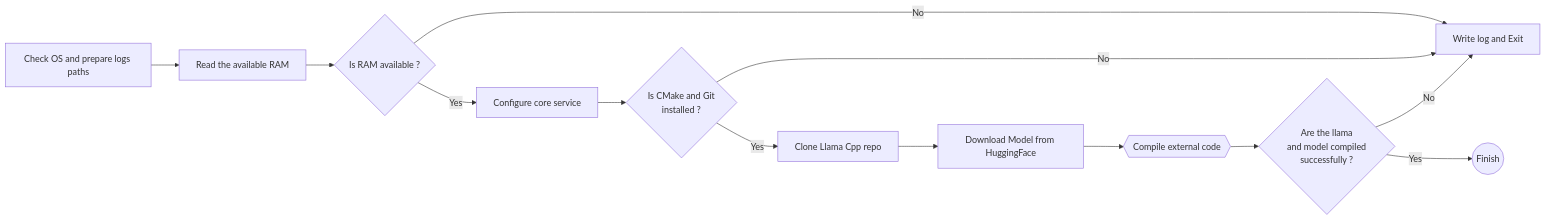
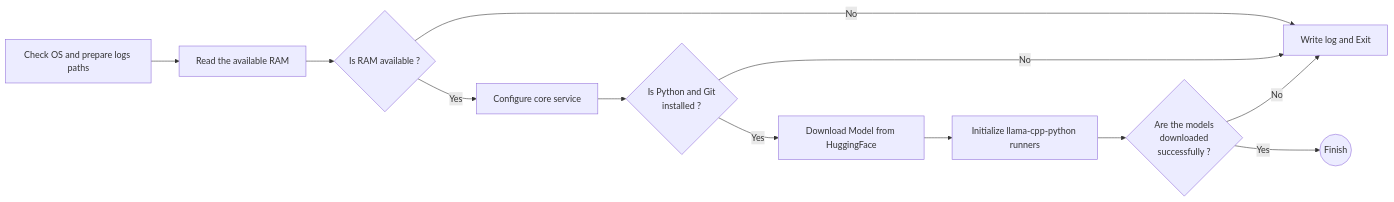
Before and after one commit to AgustinAllamanoCosta/Pulpero: the first of 2 diagrams in README.md, drawn with Mermaid. The commit also changed other lines of this file and 168 other files, not shown here.

Commit message:
refactor: 💡 migrate core from lua to python

````diff
--- a/README.md
+++ b/README.md
@@ -103,24 +102,23 @@
 ```mermaid
    flowchart LR
       Start[Check OS and prepare logs paths]
       Error[Write log and Exit]
       Core1[Configure core service]
-      Core2[Clone Llama Cpp repo]
-      Core3[Download Model from HuggingFace]
-      Core4{{Compile external code}}
+      Core2[Download Model from HuggingFace]
+      Core3[Initialize llama-cpp-python runners]
       De1{Is RAM available ?}
-      De2{Is CMake and Git <br/>installed ?}
-      De3{Are the llama <br/>and model compiled <br/>successfully ?}
+      De2{Is Python and Git <br/>installed ?}
+      De3{Are the models <br/>downloaded <br/>successfully ?}
       Stop((Finish))
       OS[Read the available RAM]
       Start-->OS
       OS-->De1
       De1-->|Yes| Core1
       De1-->|No| Error
       Core1-->De2
       De2-->|No| Error
       De2-->|Yes| Core2
-      Core2-->Core3-->Core4-->De3
+      Core2-->Core3-->De3
       De3-->|Yes| Stop
       De3-->|No| Error
 ```
````
